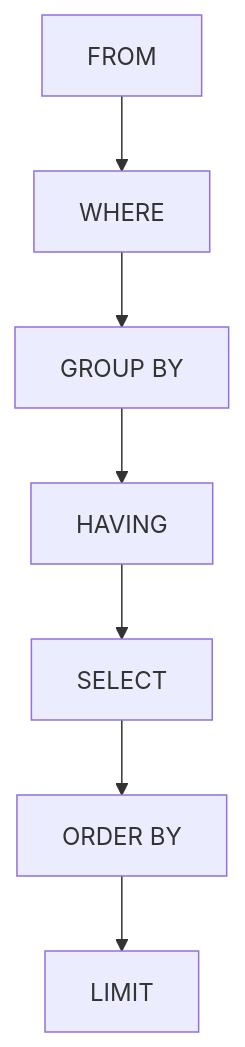
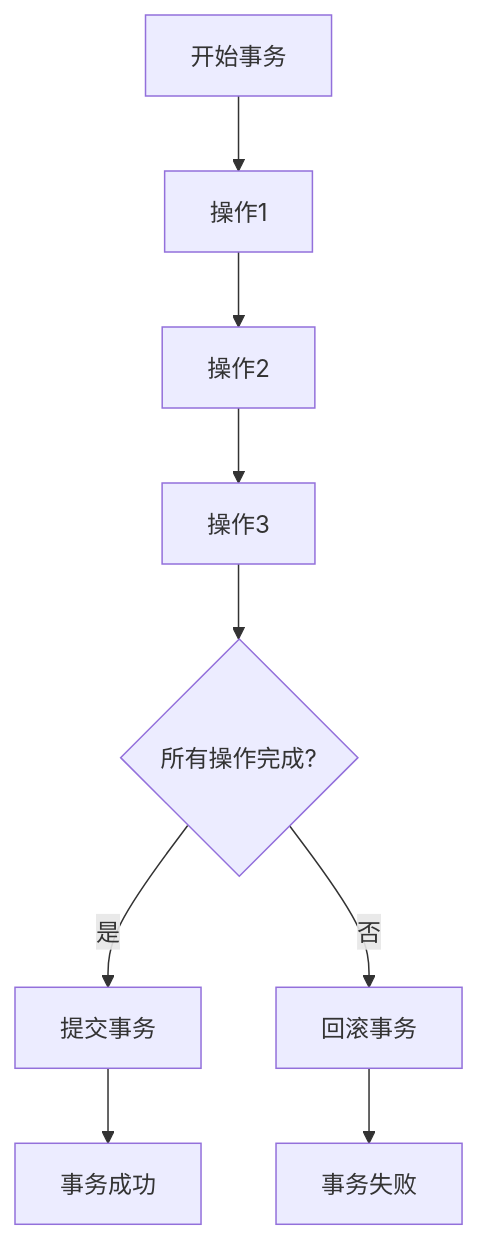
The first of 5 diagrams in test.md (Malkuku/MyBlog), drawn with Mermaid before and after one commit. The commit also changed other lines of this file and 2 other files, not shown here.

````diff
--- a/test.md
+++ b/test.md
@@ -76,9 +45,11 @@
 ```mermaid
-graph TD
-    A[FROM] --> B[WHERE]
-    B --> C[GROUP BY]
-    C --> D[HAVING]
-    D --> E[SELECT]
-    E --> F[ORDER BY]
-    F --> G[LIMIT]
+flowchart TD
+    A[开始事务] --> B[操作1]
+    B --> C[操作2]
+    C --> F[操作3]
+    F --> G{所有操作完成?}
+    G -->|是| H[提交事务]
+    G -->|否| I[回滚事务]
+    H --> J[事务成功]
+    I --> K[事务失败]
 ```
````
